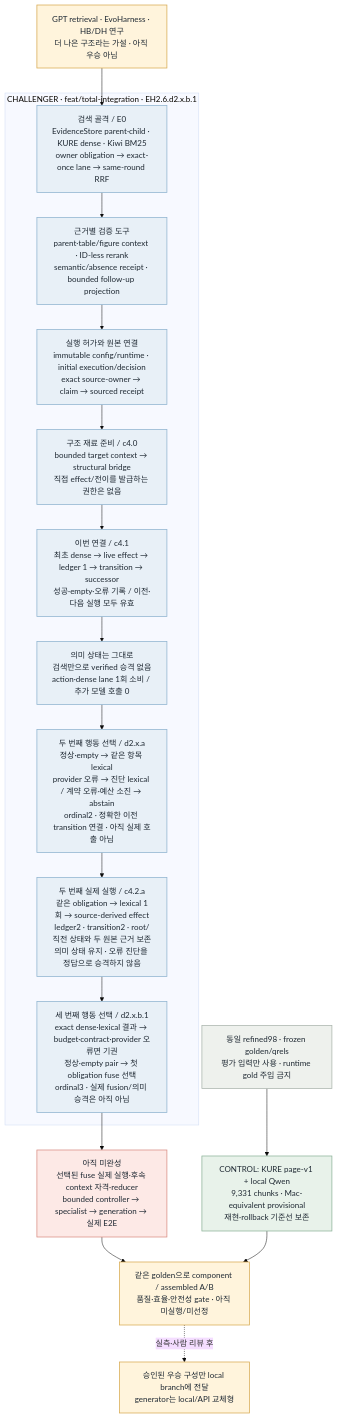
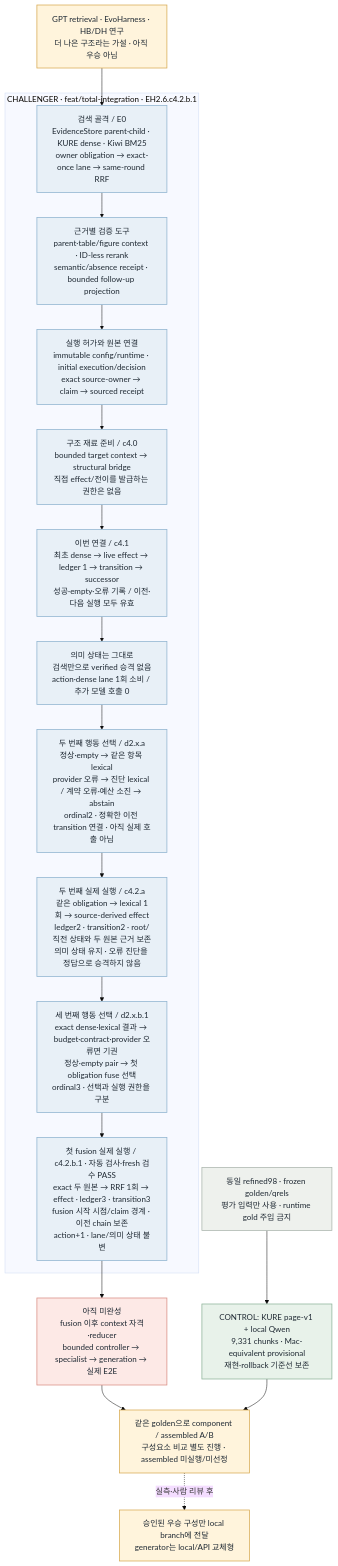
The diagram in fivecircles/architecture/specs/evidence-harness-progress-current-flow.mmd (KongSeok/sprint-public-procurement-rag-assistant), drawn with Mermaid (base theme) before and after one commit. The commit also changed 27 other files, not shown here.

Commit message:
feat(controller): execute first fusion with revision-three lineage

```diff
--- a/fivecircles/architecture/specs/evidence-harness-progress-current-flow.mmd
+++ b/fivecircles/architecture/specs/evidence-harness-progress-current-flow.mmd
@@ -1,37 +1,39 @@
 flowchart TB
   INPUT["동일 refined98 · frozen golden/qrels<br/>평가 입력만 사용 · runtime gold 주입 금지"]
   B0["CONTROL: KURE page-v1 + local Qwen<br/>9,331 chunks · Mac-equivalent provisional<br/>재현·rollback 기준선 보존"]
   RESEARCH["GPT retrieval · EvoHarness · HB/DH 연구<br/>더 나은 구조라는 가설 · 아직 우승 아님"]
 
-  subgraph BUILD["CHALLENGER · feat/total-integration · EH2.6.d2.x.b.1"]
+  subgraph BUILD["CHALLENGER · feat/total-integration · EH2.6.c4.2.b.1"]
     SEARCH["검색 골격 / E0<br/>EvidenceStore parent·child · KURE dense · Kiwi BM25<br/>owner obligation → exact-once lane → same-round RRF"]
     RECEIPTS["근거별 검증 도구<br/>parent·table/figure context · ID-less rerank<br/>semantic/absence receipt · bounded follow-up projection"]
     PERMIT["실행 허가와 원본 연결<br/>immutable config/runtime · initial execution/decision<br/>exact source-owner → claim → sourced receipt"]
     BRIDGE["구조 재료 준비 / c4.0<br/>bounded target context → structural bridge<br/>직접 effect/전이를 발급하는 권한은 없음"]
     FIRST["이번 연결 / c4.1<br/>최초 dense → live effect → ledger 1 → transition → successor<br/>성공·empty·오류 기록 / 이전·다음 실행 모두 유효"]
     STATE["의미 상태는 그대로<br/>검색만으로 verified 승격 없음<br/>action·dense lane 1회 소비 / 추가 모델 호출 0"]
     NEXT["두 번째 행동 선택 / d2.x.a<br/>정상·empty → 같은 항목 lexical<br/>provider 오류 → 진단 lexical / 계약 오류·예산 소진 → abstain<br/>ordinal2 · 정확한 이전 transition 연결 · 아직 실제 호출 아님"]
     LEXICAL["두 번째 실제 실행 / c4.2.a<br/>같은 obligation → lexical 1회 → source-derived effect<br/>ledger2 · transition2 · root/직전 상태와 두 원본 근거 보존<br/>의미 상태 유지 · 오류 진단을 정답으로 승격하지 않음"]
-    POST["세 번째 행동 선택 / d2.x.b.1<br/>exact dense·lexical 결과 → budget·contract·provider 오류면 기권<br/>정상·empty pair → 첫 obligation fuse 선택<br/>ordinal3 · 실제 fusion/의미 승격은 아직 아님"]
-    SEARCH --> RECEIPTS --> PERMIT --> BRIDGE --> FIRST --> STATE --> NEXT --> LEXICAL --> POST
+    POST["세 번째 행동 선택 / d2.x.b.1<br/>exact dense·lexical 결과 → budget·contract·provider 오류면 기권<br/>정상·empty pair → 첫 obligation fuse 선택<br/>ordinal3 · 선택과 실행 권한을 구분"]
+    FUSE["첫 fusion 실제 실행 / c4.2.b.1 · 자동 검사·fresh 검수 PASS<br/>exact 두 원본 → RRF 1회 → effect · ledger3 · transition3<br/>fusion 시작 시점/claim 경계 · 이전 chain 보존<br/>action+1 · lane/의미 상태 불변"]
+    SEARCH --> RECEIPTS --> PERMIT --> BRIDGE --> FIRST --> STATE --> NEXT --> LEXICAL --> POST --> FUSE
   end
 
-  GAP["아직 미완성<br/>선택된 fuse 실제 실행·후속 context 자격·reducer<br/>bounded controller → specialist → generation → 실제 E2E"]
-  SELECT["같은 golden으로 component / assembled A/B<br/>품질·효율·안전성 gate · 아직 미실행/미선정"]
+  GAP["아직 미완성<br/>fusion 이후 context 자격·reducer<br/>bounded controller → specialist → generation → 실제 E2E"]
+  SELECT["같은 golden으로 component / assembled A/B<br/>구성요소 비교 별도 진행 · assembled 미실행/미선정"]
   LOCAL["승인된 우승 구성만 local branch에 전달<br/>generator는 local/API 교체형"]
   INPUT --> B0
   RESEARCH --> SEARCH
-  POST --> GAP --> SELECT
+  FUSE --> GAP --> SELECT
   B0 --> SELECT
   SELECT -. "실측·사람 리뷰 후" .-> LOCAL
 
   classDef green fill:#e8f2ea,stroke:#8eb49a,color:#1f2933,stroke-width:1.5px
   classDef blue fill:#e8f0f7,stroke:#8fb4cf,color:#1f2933,stroke-width:1.5px
   classDef amber fill:#fff4dc,stroke:#d8aa53,color:#1f2933,stroke-width:1.5px
   classDef red fill:#fde9e6,stroke:#d98e84,color:#1f2933,stroke-width:1.5px
   classDef gray fill:#eef1ed,stroke:#aab5ad,color:#1f2933,stroke-width:1.5px
   class B0 green
   class SEARCH,RECEIPTS,PERMIT,BRIDGE,FIRST,STATE,NEXT,LEXICAL,POST blue
+  class FUSE blue
   class INPUT gray
   class RESEARCH,SELECT,LOCAL amber
   class GAP red
```
